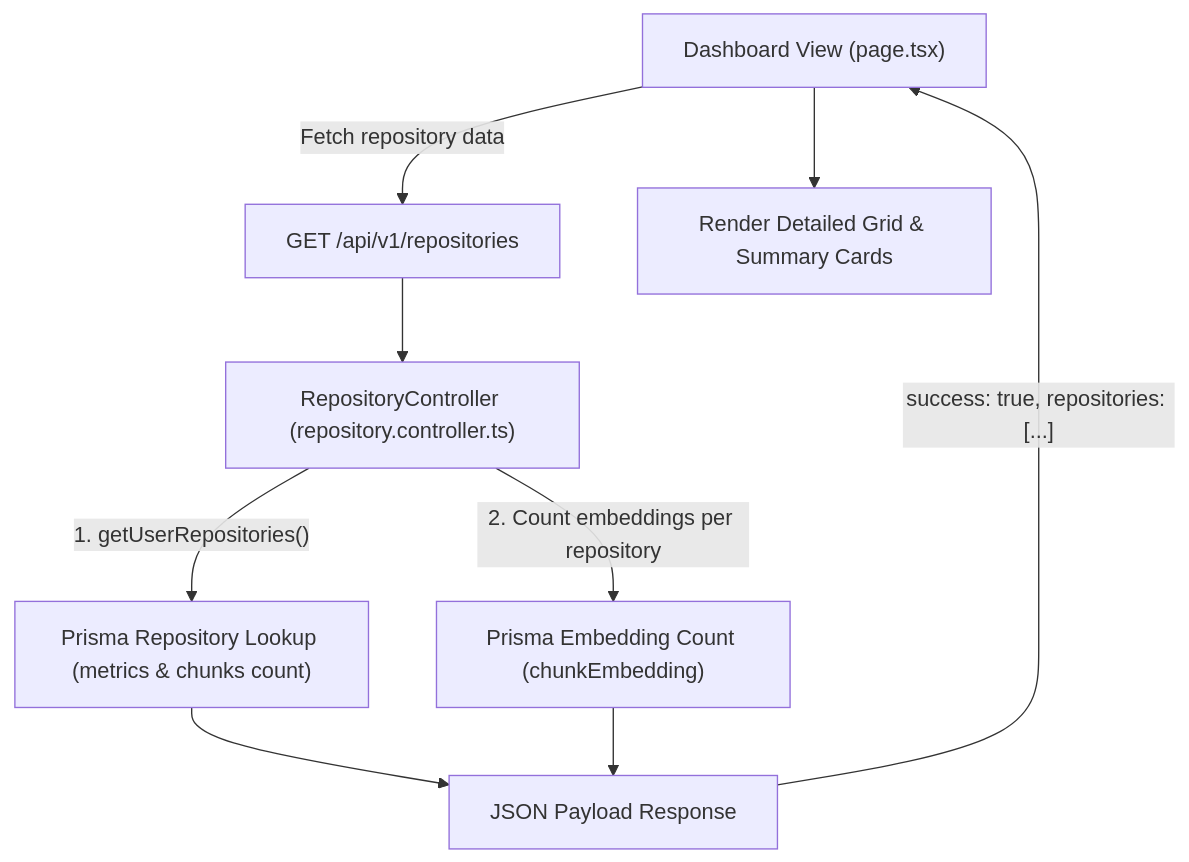
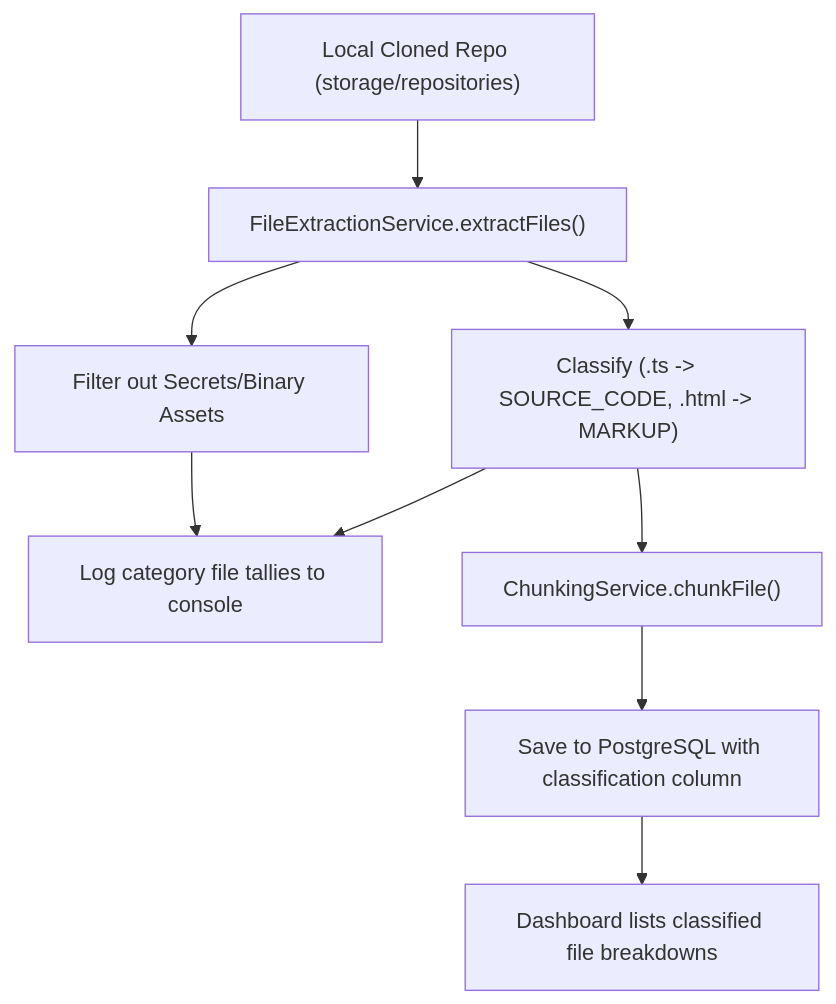
One commit to Gauravgits1308/CodeAtlas changed the diagram in apps/web/walkthrough.md. Above: the diagram before and after it, drawn with Mermaid. The commit also changed other lines of this file and 8 other files, not shown here.

````diff
--- a/apps/web/walkthrough.md
+++ b/apps/web/walkthrough.md
@@ -25,18 +29,19 @@
 ```mermaid
 graph TD
-    Client["Dashboard View (page.tsx)"]
-    GetRepos["GET /api/v1/repositories"]
-    Controller["RepositoryController (repository.controller.ts)"]
-    DBUserRepos["Prisma Repository Lookup (metrics & chunks count)"]
-    DBEmbedCount["Prisma Embedding Count (chunkEmbedding)"]
-    JSONResponse["JSON Payload Response"]
-    RenderCards["Render Detailed Grid & Summary Cards"]
+    RepoClone["Local Cloned Repo (storage/repositories)"]
+    ExtractServ["FileExtractionService.extractFiles()"]
+    FilterClassify["Classify (.ts -> SOURCE_CODE, .html -> MARKUP)"]
+    IgnoreFilter["Filter out Secrets/Binary Assets"]
+    LogCounts["Log category file tallies to console"]
+    Chunking["ChunkingService.chunkFile()"]
+    DBSave["Save to PostgreSQL with classification column"]
+    Dashboard["Dashboard lists classified file breakdowns"]
 
-    Client -- "Fetch repository data" --> GetRepos
-    GetRepos --> Controller
-    Controller -- "1. getUserRepositories()" --> DBUserRepos
-    Controller -- "2. Count embeddings per repository" --> DBEmbedCount
-    DBUserRepos & DBEmbedCount --> JSONResponse
-    JSONResponse -- "success: true, repositories: [...]" --> Client
-    Client --> RenderCards
+    RepoClone --> ExtractServ
+    ExtractServ --> FilterClassify
+    ExtractServ --> IgnoreFilter
+    FilterClassify & IgnoreFilter --> LogCounts
+    FilterClassify --> Chunking
+    Chunking --> DBSave
+    DBSave --> Dashboard
 ```
````
